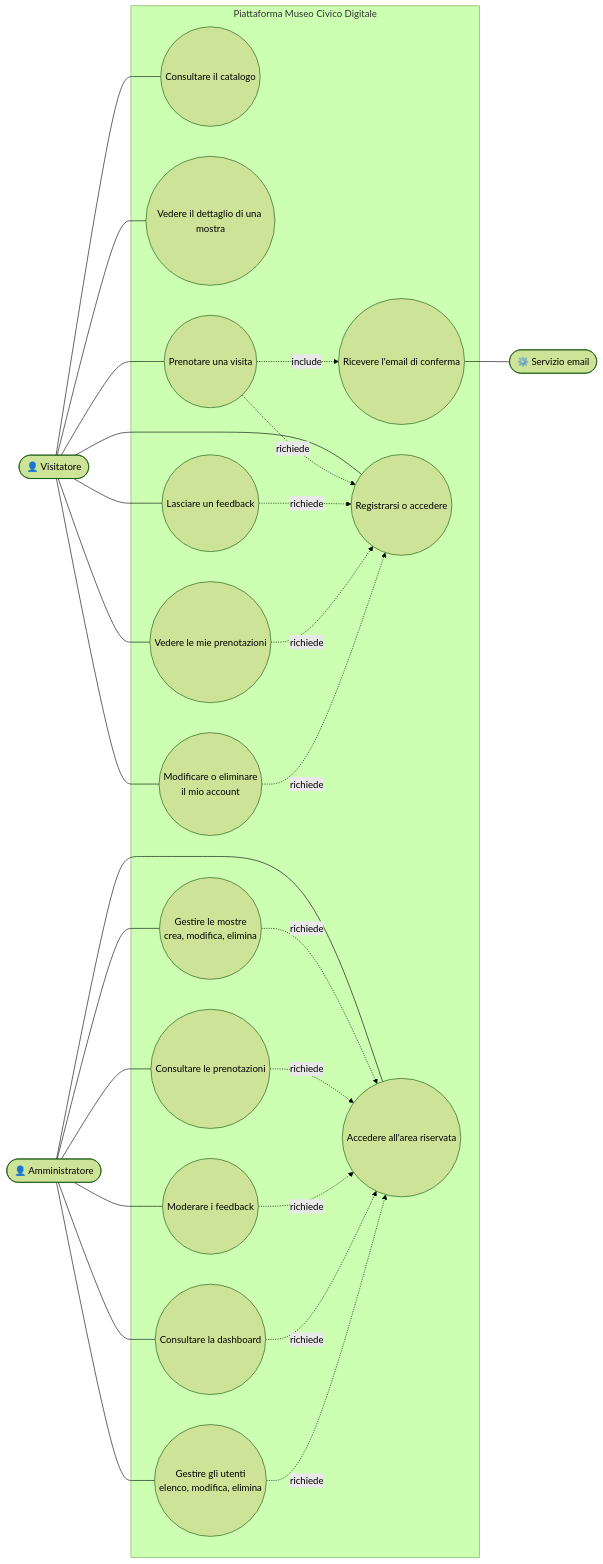
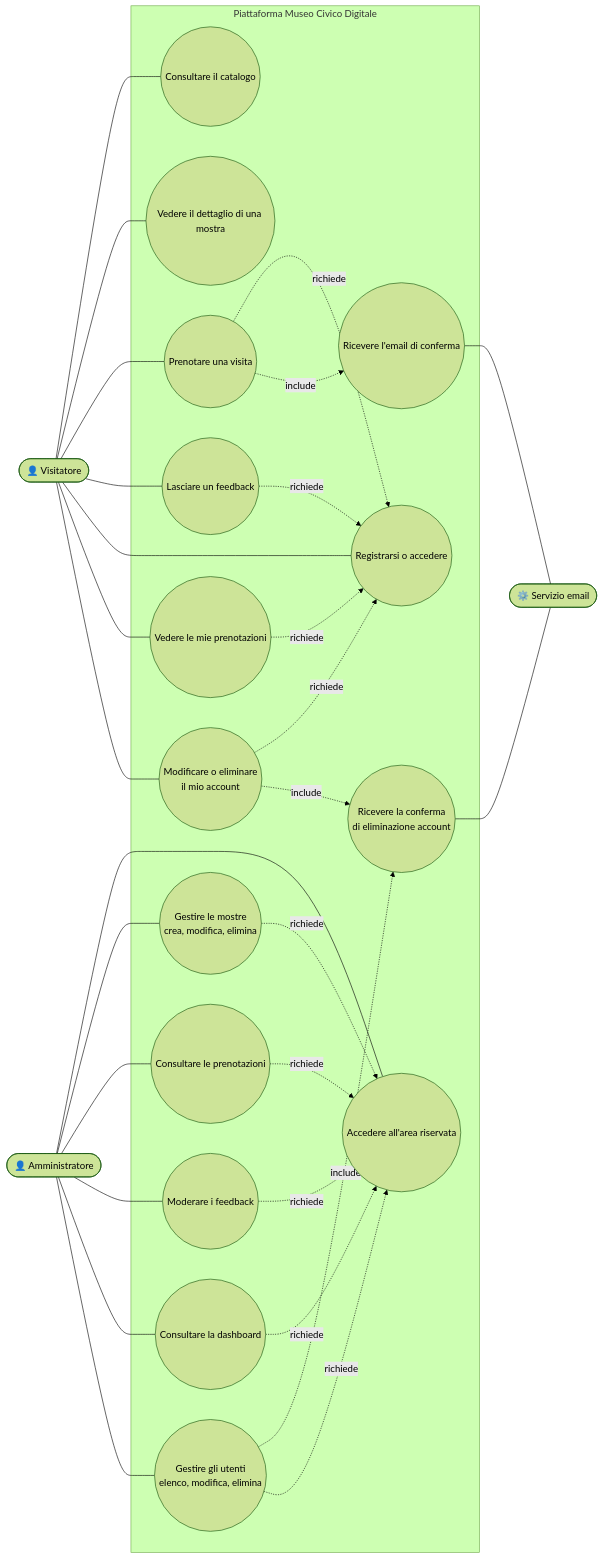
One commit to reverserob/museo-digitale-pw changed the third of 7 diagrams in DOCUMENTATION.md. Above: the diagram before and after it, drawn with Mermaid (forest theme). The commit also changed other lines of this file and 13 other files, not shown here.

````diff
--- a/DOCUMENTATION.md
+++ b/DOCUMENTATION.md
@@ -278,48 +278,52 @@
 ```mermaid
 flowchart LR
     V(["👤 Visitatore"])
     AM(["👤 Amministratore"])
     EM(["⚙️ Servizio email"])
 
     subgraph SYS["Piattaforma Museo Civico Digitale"]
         UC1(("Consultare il catalogo"))
         UC2(("Vedere il dettaglio di una mostra"))
         UC3(("Prenotare una visita"))
         UC4(("Ricevere l'email di conferma"))
         UC5(("Lasciare un feedback"))
         UC11(("Registrarsi o accedere"))
         UC12(("Vedere le mie prenotazioni"))
         UC13(("Modificare o eliminare<br/>il mio account"))
         UC6(("Accedere all'area riservata"))
         UC7(("Gestire le mostre<br/>crea, modifica, elimina"))
         UC8(("Consultare le prenotazioni"))
         UC9(("Moderare i feedback"))
         UC10(("Consultare la dashboard"))
         UC14(("Gestire gli utenti<br/>elenco, modifica, elimina"))
+        UC15(("Ricevere la conferma<br/>di eliminazione account"))
     end
 
     V --- UC1
     V --- UC2
     V --- UC3
     V --- UC5
     V --- UC11
     V --- UC12
     V --- UC13
     UC3 -. "richiede" .-> UC11
     UC5 -. "richiede" .-> UC11
     UC12 -. "richiede" .-> UC11
     UC13 -. "richiede" .-> UC11
     UC3 -. "include" .-> UC4
     UC4 --- EM
+    UC13 -. "include" .-> UC15
+    UC14 -. "include" .-> UC15
+    UC15 --- EM
     AM --- UC6
     AM --- UC7
     AM --- UC8
     AM --- UC9
     AM --- UC10
     AM --- UC14
     UC7 -. "richiede" .-> UC6
     UC8 -. "richiede" .-> UC6
     UC9 -. "richiede" .-> UC6
     UC10 -. "richiede" .-> UC6
     UC14 -. "richiede" .-> UC6
 ```
````
